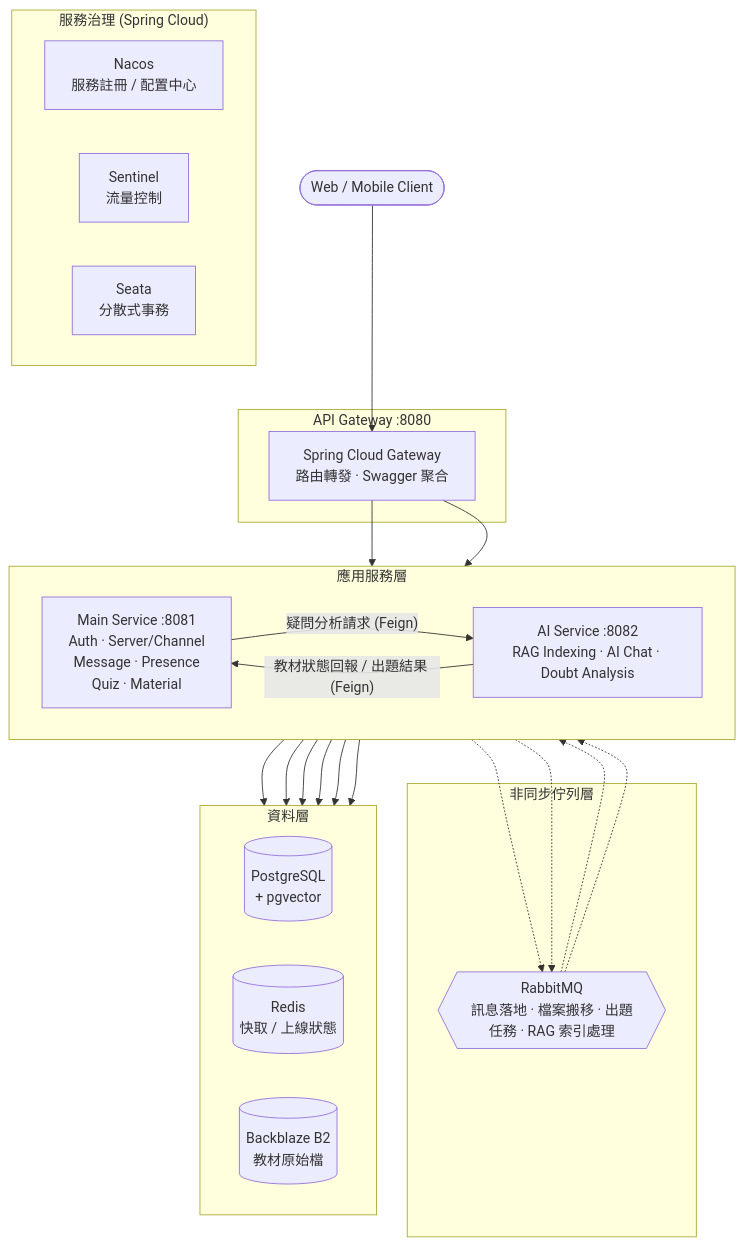
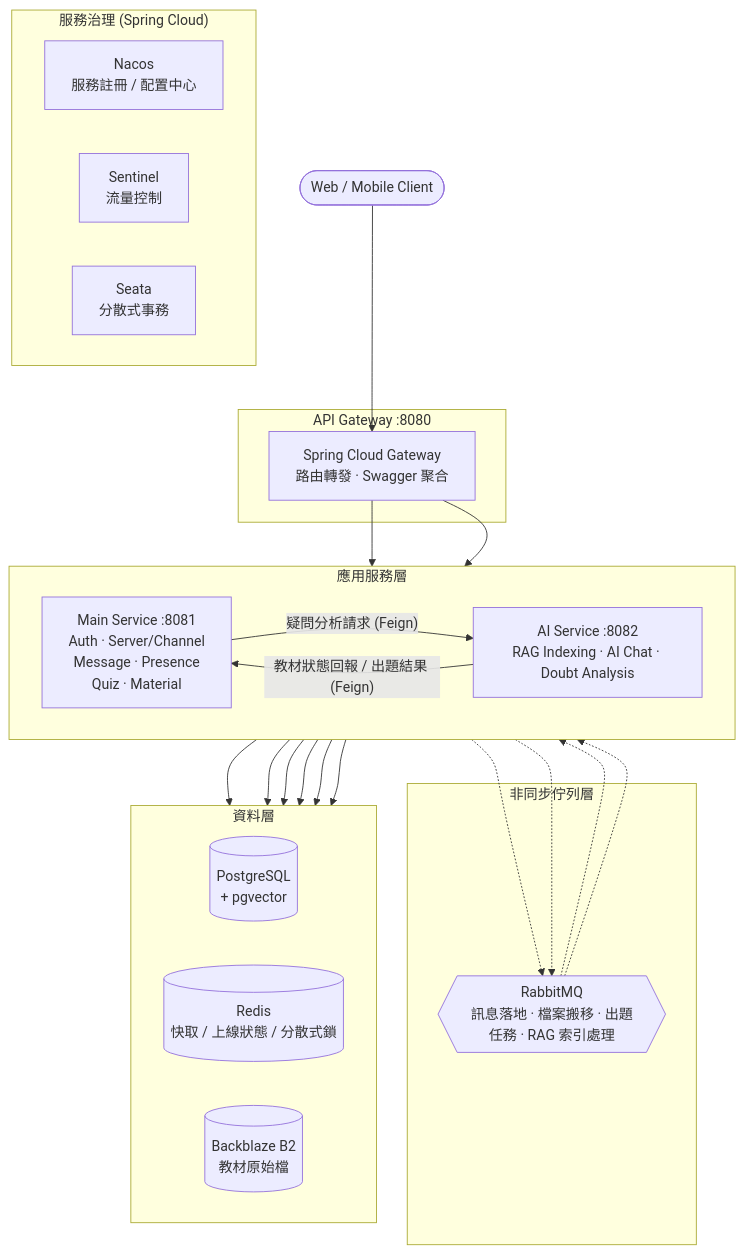
Before and after one commit to hysyoi/classcord-backend: the first of 2 diagrams in README.md, drawn with Mermaid.

````diff
--- a/README.md
+++ b/README.md
@@ -57,47 +57,47 @@
 ```mermaid
 flowchart TB
     Client(["Web / Mobile Client"])
 
     subgraph GW["API Gateway :8080"]
         Gateway["Spring Cloud Gateway<br/>路由轉發 · Swagger 聚合"]
     end
 
     subgraph APP["應用服務層"]
         direction LR
         Main["Main Service :8081<br/>Auth · Server/Channel<br/>Message · Presence<br/>Quiz · Material"]
         AI["AI Service :8082<br/>RAG Indexing · AI Chat · Doubt Analysis"]
     end
 
     subgraph MQL["非同步佇列層"]
         MQ{{"RabbitMQ<br/>訊息落地 · 檔案搬移 · 出題任務 · RAG 索引處理"}}
     end
 
     subgraph GOV["服務治理 (Spring Cloud)"]
         direction LR
         Nacos["Nacos<br/>服務註冊 / 配置中心"]
         Sentinel["Sentinel<br/>流量控制"]
         Seata["Seata<br/>分散式事務"]
     end
 
     subgraph DATA["資料層"]
         direction LR
         PG[("PostgreSQL<br/>+ pgvector")]
-        Redis[("Redis<br/>快取 / 上線狀態")]
+        Redis[("Redis<br/>快取 / 上線狀態 / 分散式鎖")]
         B2[("Backblaze B2<br/>教材原始檔")]
     end
 
     Client --> Gateway
     Gateway --> Main
     Gateway --> AI
 
     Main -- "疑問分析請求 (Feign)" --> AI
     AI -- "教材狀態回報 / 出題結果 (Feign)" --> Main
 
     Main -.-> MQ
     MQ -.-> Main
     AI -.-> MQ
     MQ -.-> AI
 
     Main --> PG & Redis & B2
     AI --> PG & Redis & B2
 ```
````
